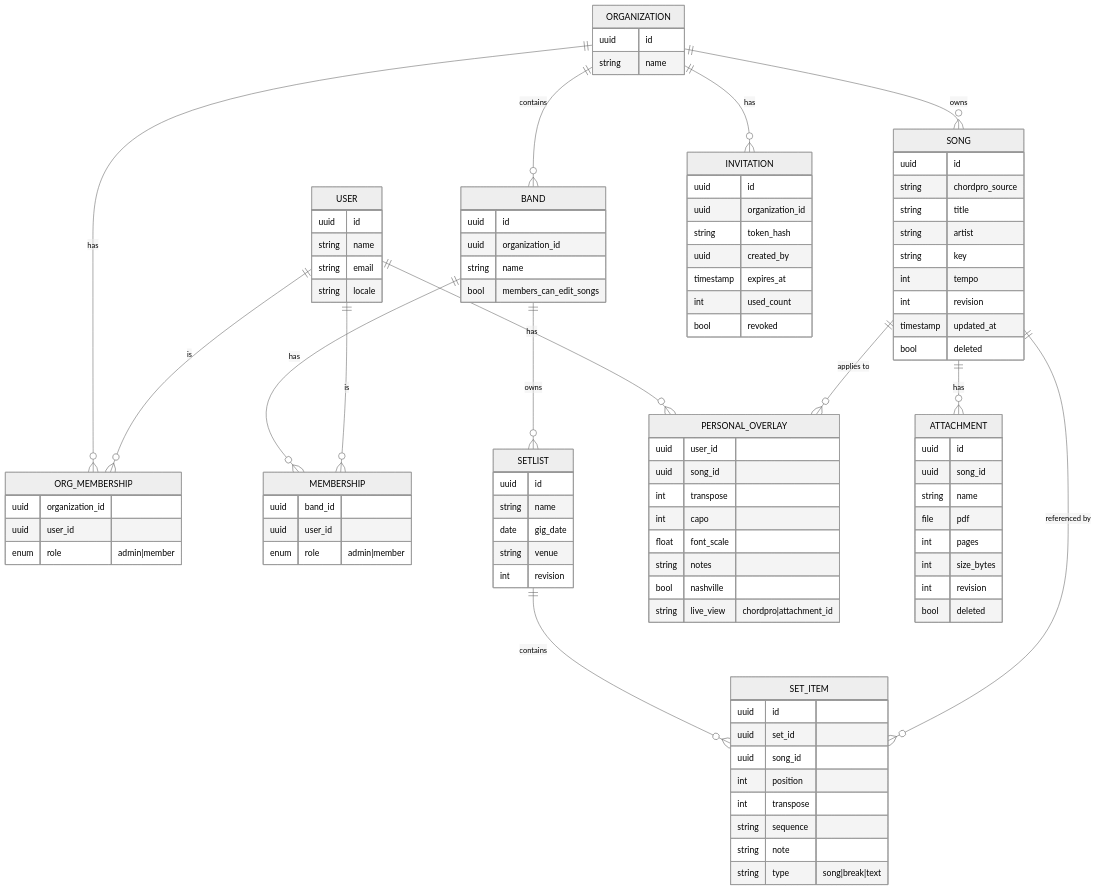
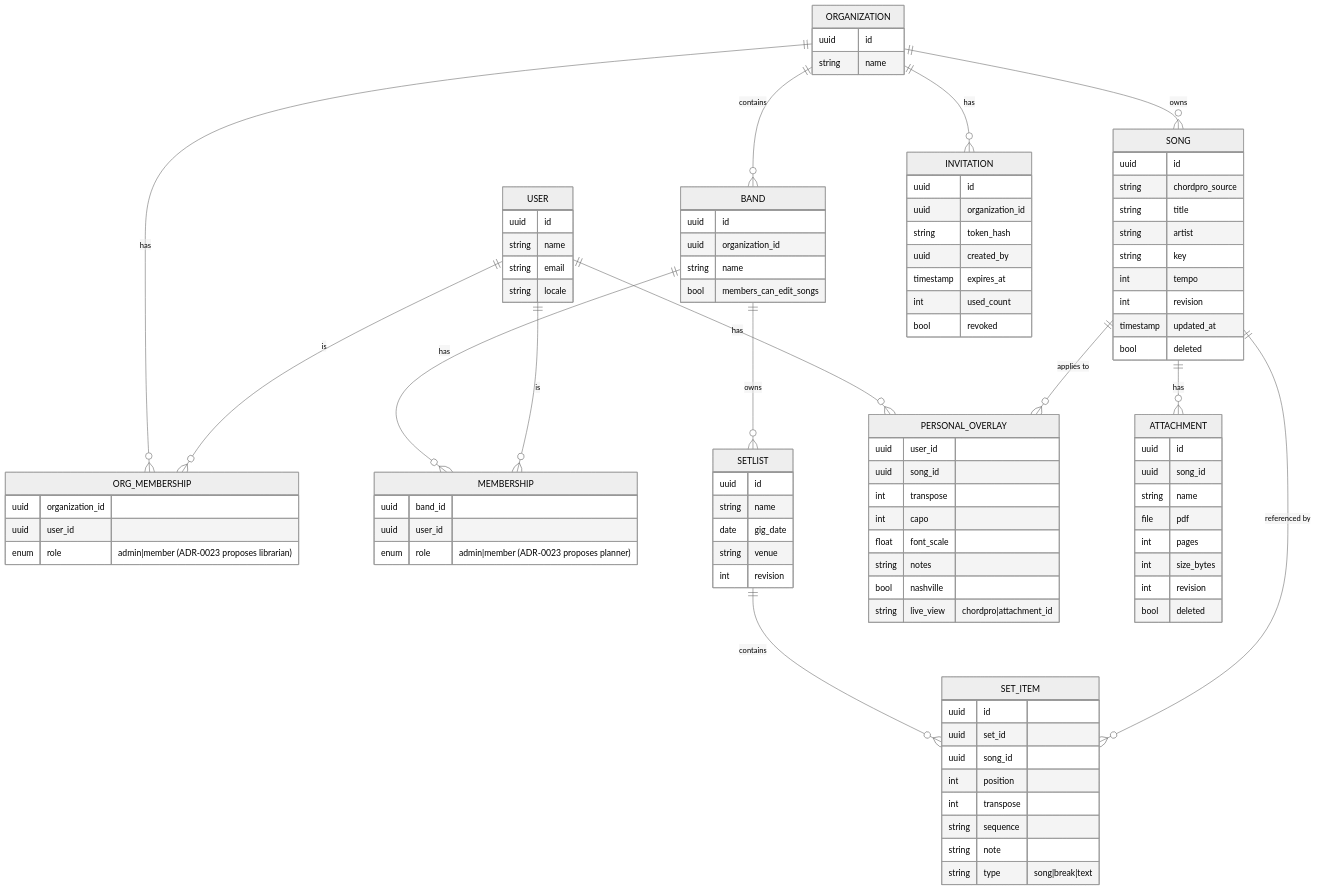
Before and after one commit to setDING/setDING: the second of 2 diagrams in docs/architecture/README.md, drawn with Mermaid (neutral theme). The commit also changed other lines of this file and 3 other files, not shown here.

````diff
--- a/docs/architecture/README.md
+++ b/docs/architecture/README.md
@@ -112,28 +113,28 @@
 ```mermaid
 erDiagram
     ORGANIZATION ||--o{ ORG_MEMBERSHIP : has
     USER ||--o{ ORG_MEMBERSHIP : is
     ORGANIZATION ||--o{ BAND : contains
     ORGANIZATION ||--o{ SONG : owns
     BAND ||--o{ MEMBERSHIP : has
     USER ||--o{ MEMBERSHIP : is
     BAND ||--o{ SETLIST : owns
     SETLIST ||--o{ SET_ITEM : contains
     SONG ||--o{ SET_ITEM : "referenced by"
     USER ||--o{ PERSONAL_OVERLAY : has
     SONG ||--o{ PERSONAL_OVERLAY : "applies to"
     SONG ||--o{ ATTACHMENT : has
     ORGANIZATION ||--o{ INVITATION : has
 
     ORGANIZATION { uuid id string name }
-    ORG_MEMBERSHIP { uuid organization_id uuid user_id enum role "admin|member" }
+    ORG_MEMBERSHIP { uuid organization_id uuid user_id enum role "admin|member (ADR-0023 proposes librarian)" }
     BAND { uuid id uuid organization_id string name bool members_can_edit_songs }
     USER { uuid id string name string email string locale }
-    MEMBERSHIP { uuid band_id uuid user_id enum role "admin|member" }
+    MEMBERSHIP { uuid band_id uuid user_id enum role "admin|member (ADR-0023 proposes planner)" }
     SONG { uuid id string chordpro_source string title string artist string key int tempo int revision timestamp updated_at bool deleted }
     SETLIST { uuid id string name date gig_date string venue int revision }
     SET_ITEM { uuid id uuid set_id uuid song_id int position int transpose string sequence string note string type "song|break|text" }
     PERSONAL_OVERLAY { uuid user_id uuid song_id int transpose int capo float font_scale string notes bool nashville string live_view "chordpro|attachment_id" }
     ATTACHMENT { uuid id uuid song_id string name file pdf int pages int size_bytes int revision bool deleted }
     INVITATION { uuid id uuid organization_id string token_hash uuid created_by timestamp expires_at int used_count bool revoked }
 ```
````
